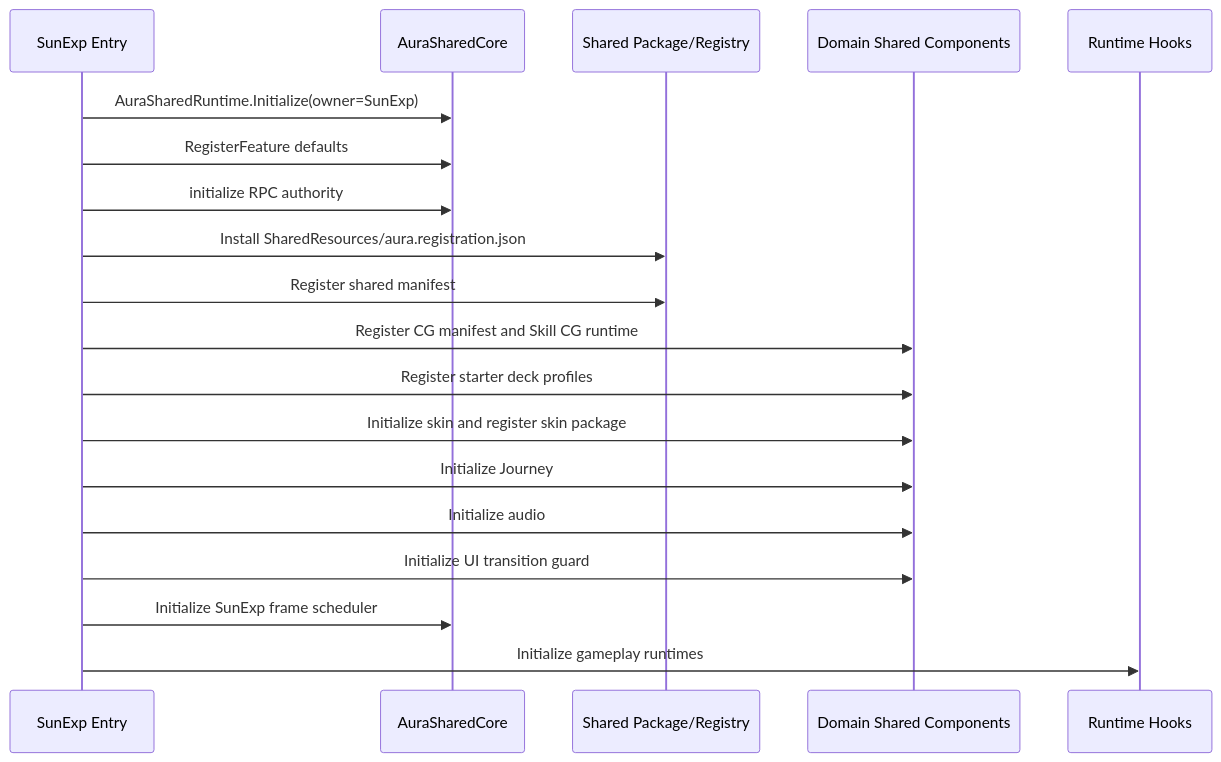
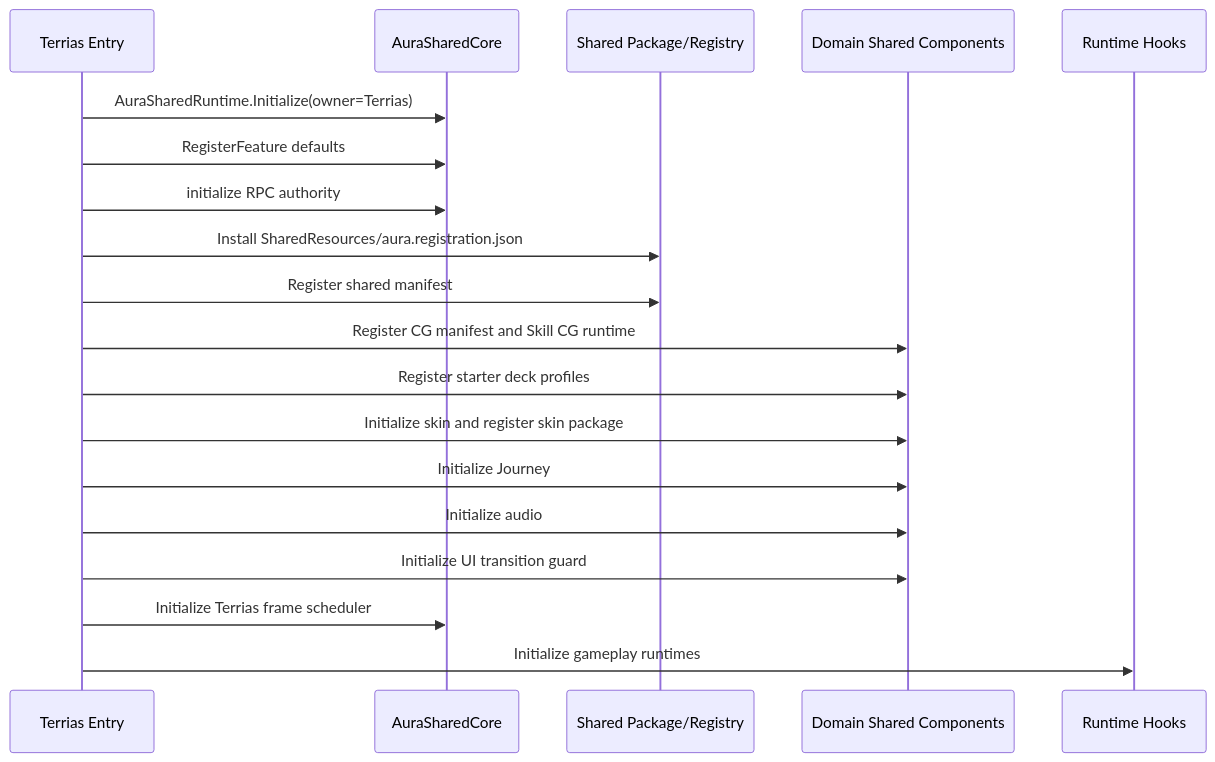
One commit to AuraKaliya/apocalyptic-journey-mod-SunExp changed the second of 2 diagrams in docs/Terrias/04-Aura共享层与核心层接入.md. Above: the diagram before and after it, drawn with Mermaid. The commit also changed other lines of this file and 670 other files, not shown here.

````diff
--- a/docs/Terrias/04-Aura共享层与核心层接入.md
+++ b/docs/Terrias/04-Aura共享层与核心层接入.md
@@ -94,22 +94,22 @@
 ```mermaid
 sequenceDiagram
-    participant E as SunExp Entry
+    participant E as Terrias Entry
     participant C as AuraSharedCore
     participant P as Shared Package/Registry
     participant D as Domain Shared Components
     participant H as Runtime Hooks
 
-    E->>C: AuraSharedRuntime.Initialize(owner=SunExp)
+    E->>C: AuraSharedRuntime.Initialize(owner=Terrias)
     E->>C: RegisterFeature defaults
     E->>C: initialize RPC authority
     E->>P: Install SharedResources/aura.registration.json
     E->>P: Register shared manifest
     E->>D: Register CG manifest and Skill CG runtime
     E->>D: Register starter deck profiles
     E->>D: Initialize skin and register skin package
     E->>D: Initialize Journey
     E->>D: Initialize audio
     E->>D: Initialize UI transition guard
-    E->>C: Initialize SunExp frame scheduler
+    E->>C: Initialize Terrias frame scheduler
     E->>H: Initialize gameplay runtimes
 ```
````
